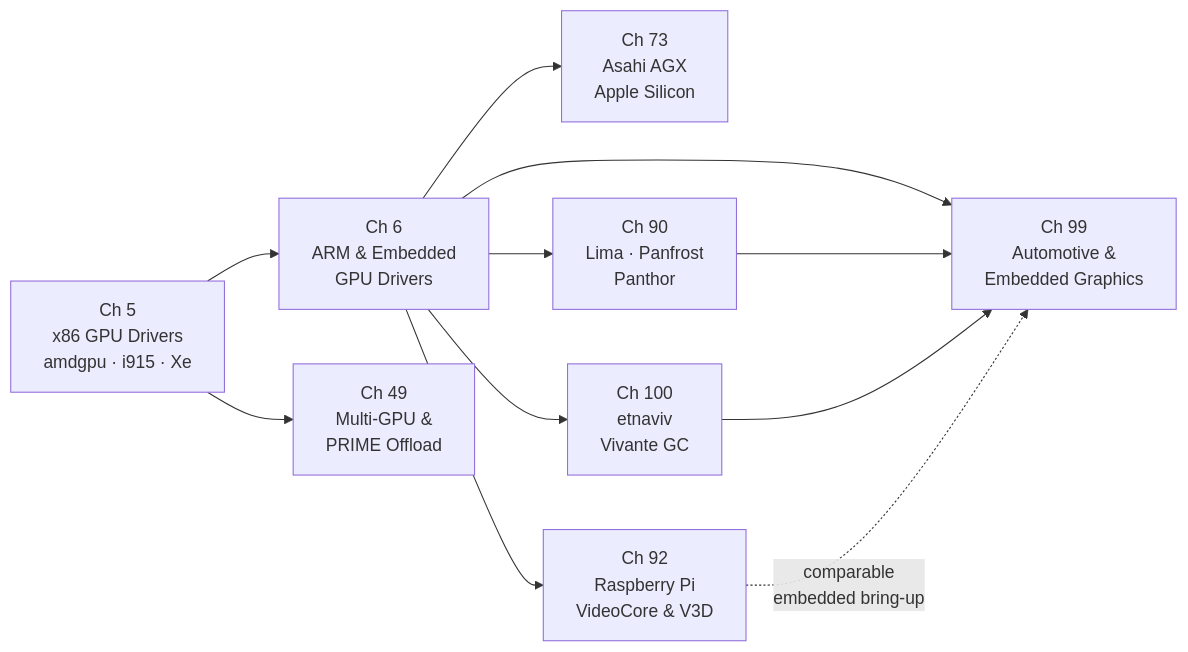
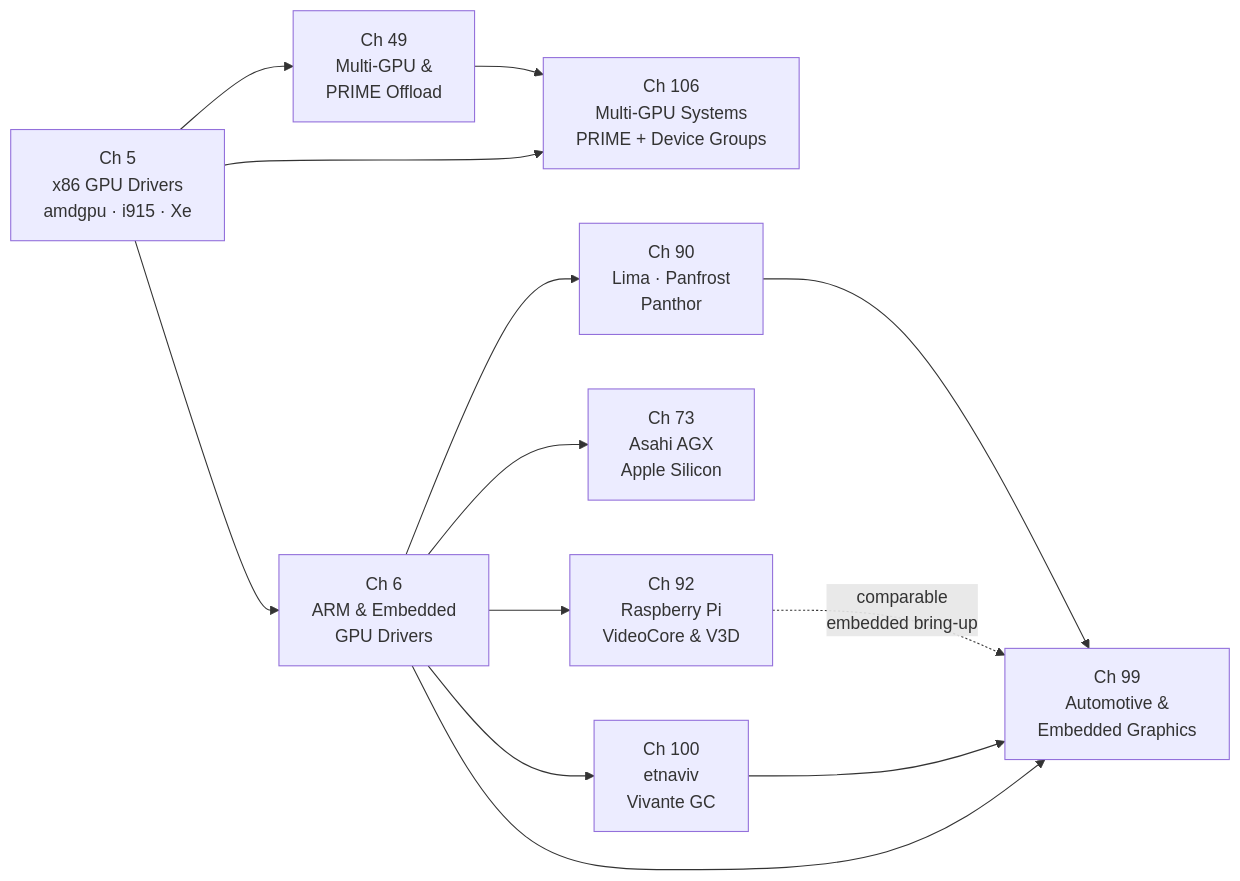
The diagram in chapters/part-02-gpu-drivers/part-intro.md (jreuben11/linux-graphics-stack-book), drawn with Mermaid before and after one commit. The commit also changed other lines of this file and 5 other files, not shown here.

````diff
--- a/chapters/part-02-gpu-drivers/part-intro.md
+++ b/chapters/part-02-gpu-drivers/part-intro.md
@@ -25,22 +89,25 @@
 ```mermaid
 graph LR
     CH05["Ch 5\nx86 GPU Drivers\namdgpu · i915 · Xe"]
     CH06["Ch 6\nARM & Embedded\nGPU Drivers"]
     CH49["Ch 49\nMulti-GPU &\nPRIME Offload"]
     CH73["Ch 73\nAsahi AGX\nApple Silicon"]
     CH90["Ch 90\nLima · Panfrost\nPanthor"]
     CH92["Ch 92\nRaspberry Pi\nVideoCore & V3D"]
     CH100["Ch 100\netnaviv\nVivante GC"]
     CH99["Ch 99\nAutomotive &\nEmbedded Graphics"]
+    CH106["Ch 106\nMulti-GPU Systems\nPRIME + Device Groups"]
 
     CH05 --> CH49
+    CH05 --> CH106
     CH05 --> CH06
     CH06 --> CH90
     CH06 --> CH73
     CH06 --> CH92
     CH06 --> CH100
     CH06 --> CH99
     CH90 --> CH99
     CH100 --> CH99
+    CH49 --> CH106
     CH92 -. "comparable\nembedded bring-up" .-> CH99
 ```
````
